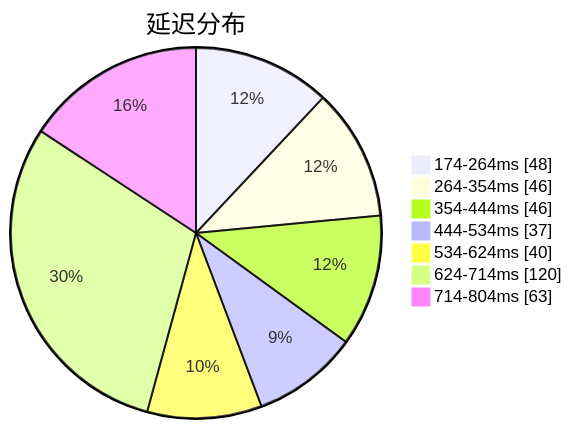
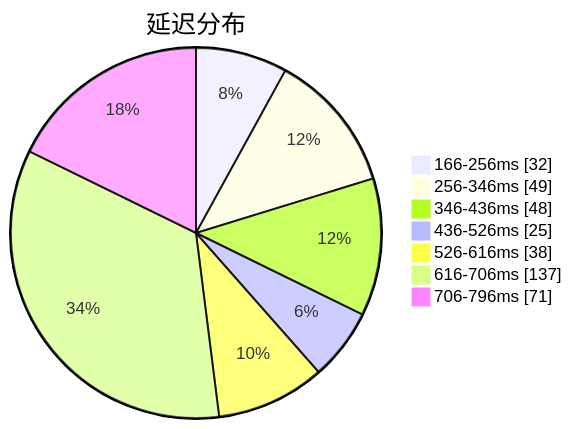
The first of 3 diagrams in subs/statistics/tested_within.md (qjlxg/airport), drawn with Mermaid before and after one commit. The commit also changed other lines of this file and 2 other files, not shown here.

````diff
--- a/subs/statistics/tested_within.md
+++ b/subs/statistics/tested_within.md
@@ -2,11 +2,11 @@
 ```mermaid
 pie showData
 title 延迟分布
-"174-264ms" : 48
-"264-354ms" : 46
-"354-444ms" : 46
-"444-534ms" : 37
-"534-624ms" : 40
-"624-714ms" : 120
-"714-804ms" : 63
+"166-256ms" : 32
+"256-346ms" : 49
+"346-436ms" : 48
+"436-526ms" : 25
+"526-616ms" : 38
+"616-706ms" : 137
+"706-796ms" : 71
 ```
````
